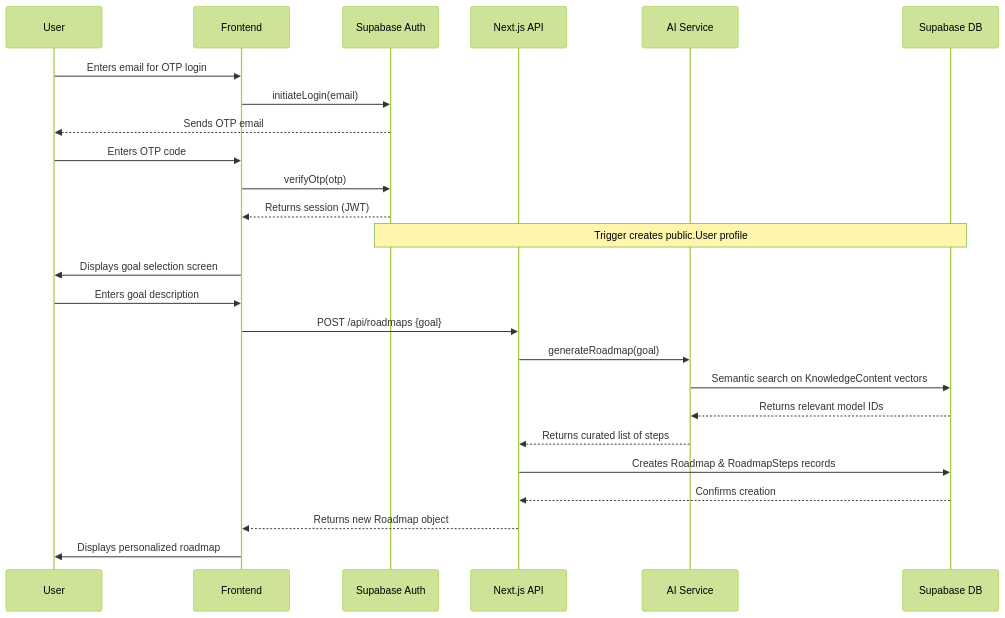
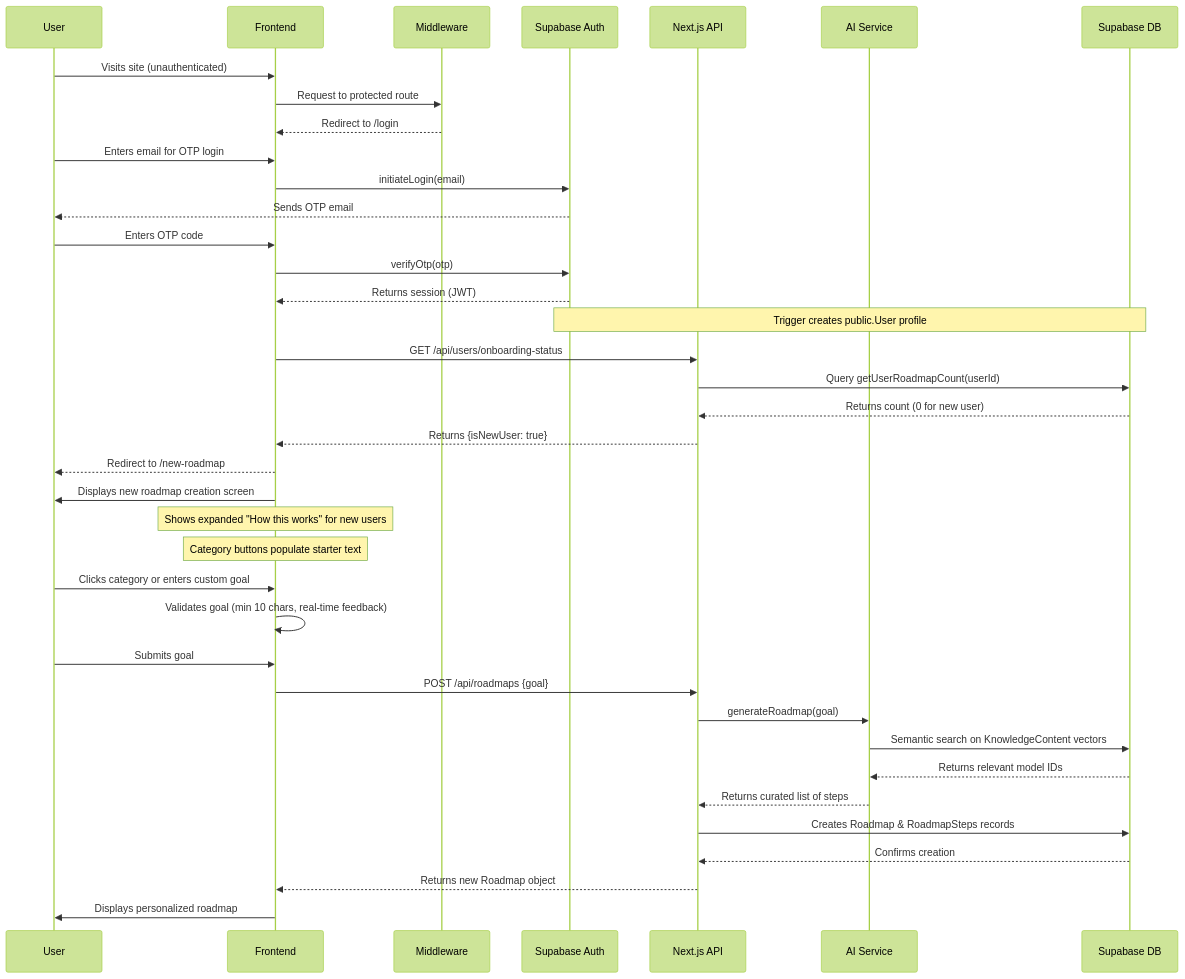
One commit to dhargitai/lattixiq changed the first of 3 diagrams in docs/architecture/6-core-workflows.md. Above: the diagram before and after it, drawn with Mermaid (forest theme). The commit also changed other lines of this file and 2 other files, not shown here.

Commit message:
Update Story 1.1 for new roadmap flow with TDD, auth, and proper DB user status checks

````diff
--- a/docs/architecture/6-core-workflows.md
+++ b/docs/architecture/6-core-workflows.md
@@ -9,31 +9,47 @@
 ```mermaid
 sequenceDiagram
     participant User
     participant Frontend
+    participant Middleware
     participant SupabaseAuth as Supabase Auth
     participant APIRoutes as Next.js API
     participant AIService as AI Service
     participant SupabaseDB as Supabase DB
+
+    User->>Frontend: Visits site (unauthenticated)
+    Frontend->>Middleware: Request to protected route
+    Middleware-->>Frontend: Redirect to /login
 
     User->>Frontend: Enters email for OTP login
     Frontend->>SupabaseAuth: initiateLogin(email)
     SupabaseAuth-->>User: Sends OTP email
     User->>Frontend: Enters OTP code
     Frontend->>SupabaseAuth: verifyOtp(otp)
     SupabaseAuth-->>Frontend: Returns session (JWT)
     Note over SupabaseAuth, SupabaseDB: Trigger creates public.User profile
-    
-    Frontend->>User: Displays goal selection screen
-    User->>Frontend: Enters goal description
+
+    Frontend->>APIRoutes: GET /api/users/onboarding-status
+    APIRoutes->>SupabaseDB: Query getUserRoadmapCount(userId)
+    SupabaseDB-->>APIRoutes: Returns count (0 for new user)
+    APIRoutes-->>Frontend: Returns {isNewUser: true}
+    Frontend-->>User: Redirect to /new-roadmap
+
+    Frontend->>User: Displays new roadmap creation screen
+    Note over Frontend: Shows expanded "How this works" for new users
+    Note over Frontend: Category buttons populate starter text
+    User->>Frontend: Clicks category or enters custom goal
+    Frontend->>Frontend: Validates goal (min 10 chars, real-time feedback)
+    User->>Frontend: Submits goal
     Frontend->>APIRoutes: POST /api/roadmaps {goal}
-    
+
     APIRoutes->>AIService: generateRoadmap(goal)
     AIService->>SupabaseDB: Semantic search on KnowledgeContent vectors
     SupabaseDB-->>AIService: Returns relevant model IDs
     AIService-->>APIRoutes: Returns curated list of steps
-    
+
     APIRoutes->>SupabaseDB: Creates Roadmap & RoadmapSteps records
     SupabaseDB-->>APIRoutes: Confirms creation
     APIRoutes-->>Frontend: Returns new Roadmap object
+
     Frontend->>User: Displays personalized roadmap
 ```
````
